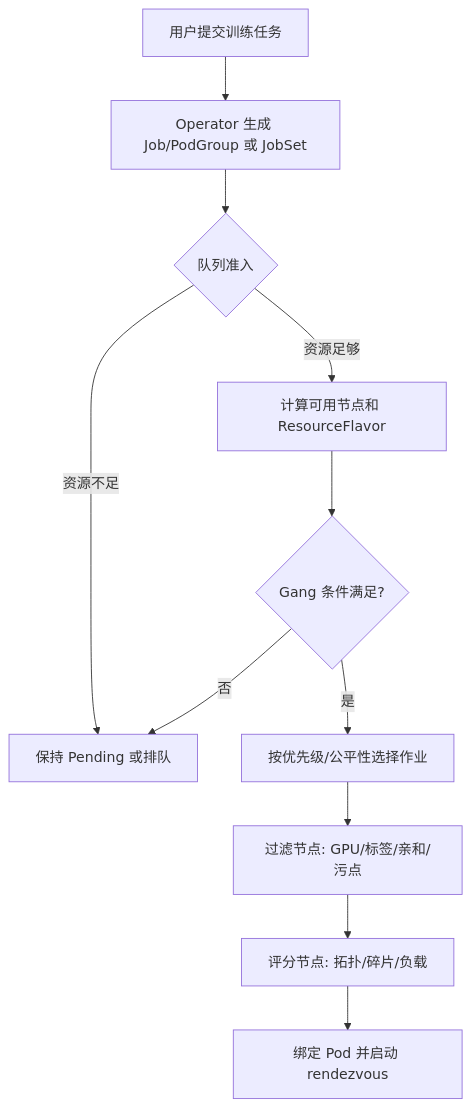
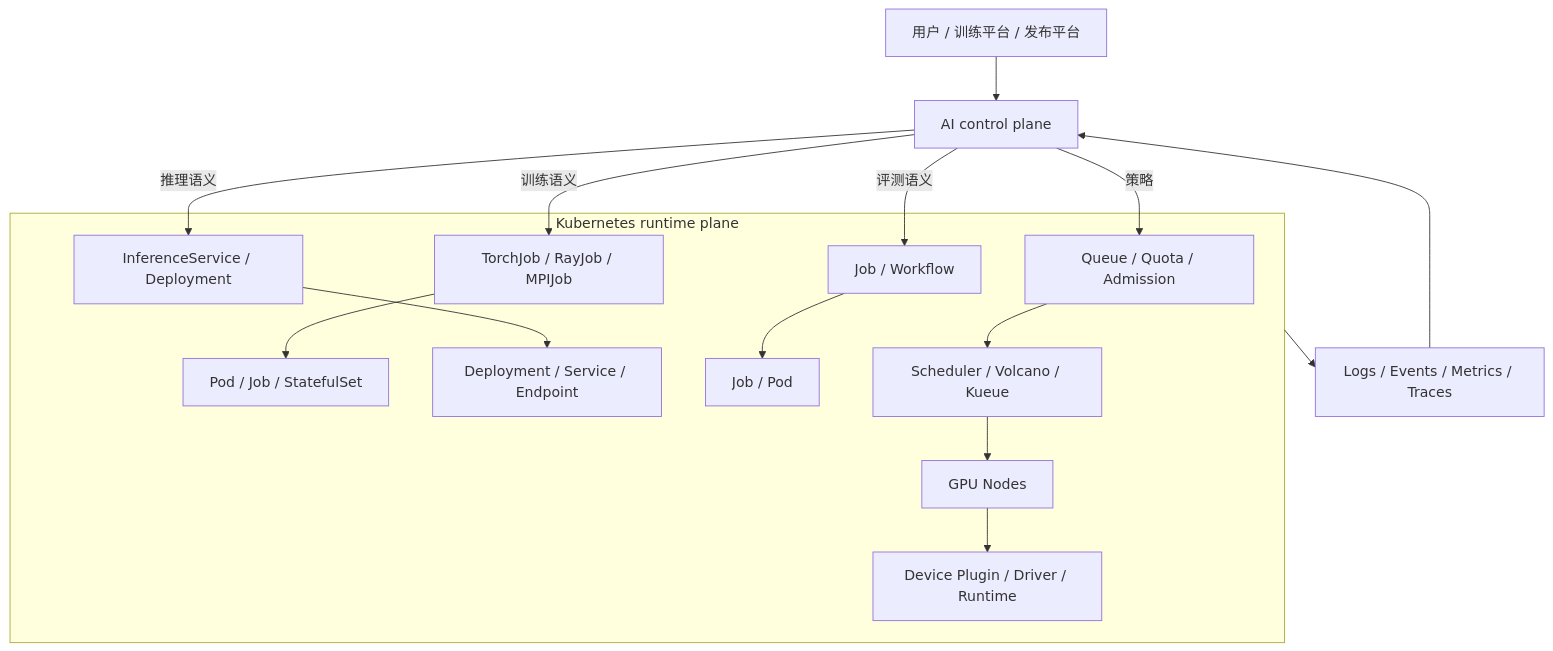
The diagram in ai-infra-tutorial/part6-platform-and-orchestration/19-kubernetes-for-ai.md (qxhy123/learn), drawn with Mermaid before and after one commit. The commit also changed other lines of this file and 63 other files, not shown here.

````diff
--- a/ai-infra-tutorial/part6-platform-and-orchestration/19-kubernetes-for-ai.md
+++ b/ai-infra-tutorial/part6-platform-and-orchestration/19-kubernetes-for-ai.md
@@ -243,13 +55,20 @@
 ```mermaid
-flowchart TD
-  A[用户提交训练任务] --> B[Operator 生成 Job/PodGroup 或 JobSet]
-  B --> C{队列准入}
-  C -->|资源不足| D[保持 Pending 或排队]
-  C -->|资源足够| E[计算可用节点和 ResourceFlavor]
-  E --> F{Gang 条件满足?}
-  F -->|否| D
-  F -->|是| G[按优先级/公平性选择作业]
-  G --> H[过滤节点: GPU/标签/亲和/污点]
-  H --> I[评分节点: 拓扑/碎片/负载]
-  I --> J[绑定 Pod 并启动 rendezvous]
+flowchart TB
+  User[用户 / 训练平台 / 发布平台] --> AI[AI control plane]
+  AI -->|训练语义| TrainCRD[TorchJob / RayJob / MPIJob]
+  AI -->|推理语义| ServeCRD[InferenceService / Deployment]
+  AI -->|评测语义| EvalJob[Job / Workflow]
+  AI -->|策略| Queue[Queue / Quota / Admission]
+
+  subgraph Runtime[Kubernetes runtime plane]
+    TrainCRD --> PodA[Pod / Job / StatefulSet]
+    ServeCRD --> PodB[Deployment / Service / Endpoint]
+    EvalJob --> PodC[Job / Pod]
+    Queue --> Scheduler[Scheduler / Volcano / Kueue]
+    Scheduler --> Node[GPU Nodes]
+    Node --> Device[Device Plugin / Driver / Runtime]
+  end
+
+  Obs[Logs / Events / Metrics / Traces] --> AI
+  Runtime --> Obs
 ```
````
